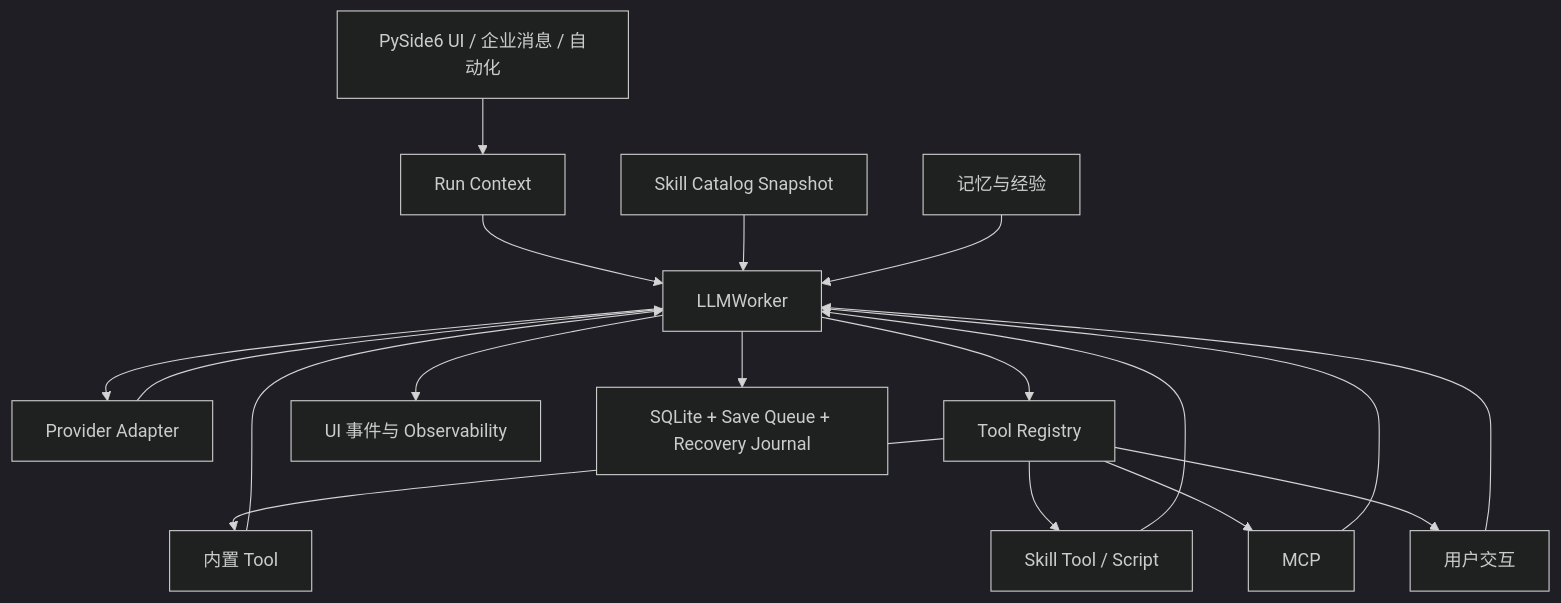
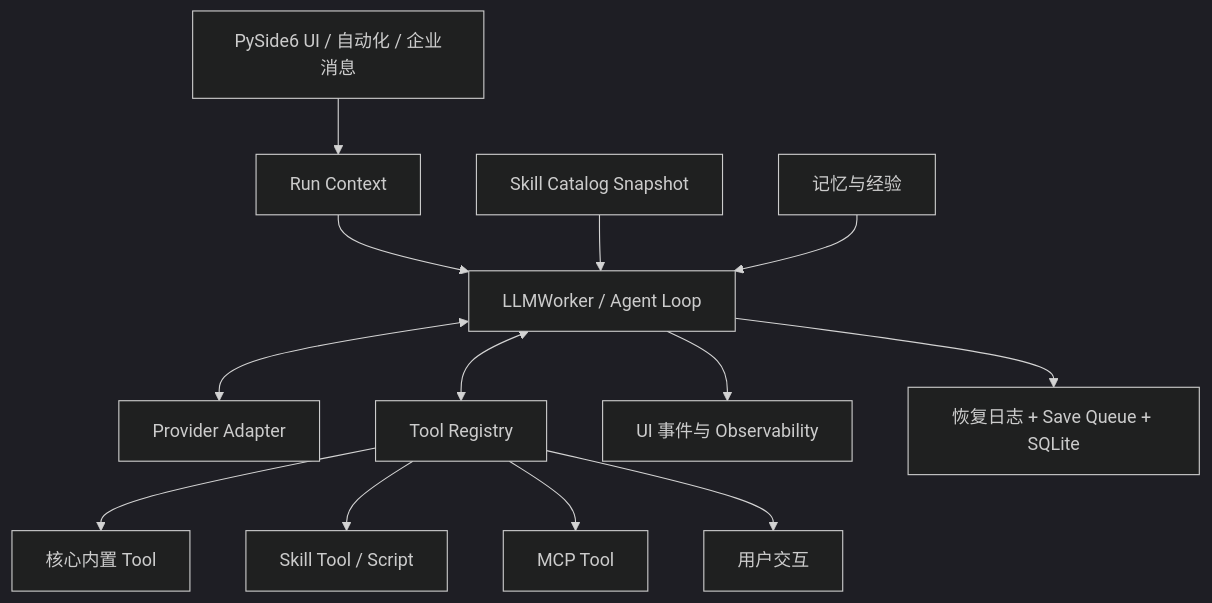
One commit to chuancyzhang/deepseek-cowork changed the diagram in docs/technical-design.md. Above: the diagram before and after it, drawn with Mermaid (dark theme). The commit also changed other lines of this file and 12 other files, not shown here.

````diff
--- a/docs/technical-design.md
+++ b/docs/technical-design.md
@@ -493,20 +19,15 @@
 ```mermaid
 flowchart TB
-    UI["PySide6 UI / 企业消息 / 自动化"] --> RC["Run Context"]
-    RC --> W["LLMWorker"]
-    C["Skill Catalog Snapshot"] --> W
+    E["PySide6 UI / 自动化 / 企业消息"] --> RC["Run Context"]
+    RC --> W["LLMWorker / Agent Loop"]
+    CAT["Skill Catalog Snapshot"] --> W
     MEM["记忆与经验"] --> W
-    W --> P["Provider Adapter"]
-    P --> W
-    W --> TR["Tool Registry"]
-    TR --> BI["内置 Tool"]
-    TR --> SI["Skill Tool / Script"]
-    TR --> MCP["MCP"]
+    W <--> P["Provider Adapter"]
+    W <--> TR["Tool Registry"]
+    TR --> BI["核心内置 Tool"]
+    TR --> SK["Skill Tool / Script"]
+    TR --> MCP["MCP Tool"]
     TR --> UX["用户交互"]
-    BI --> W
-    SI --> W
-    MCP --> W
-    UX --> W
     W --> OBS["UI 事件与 Observability"]
-    W --> SAVE["SQLite + Save Queue + Recovery Journal"]
+    W --> SAVE["恢复日志 + Save Queue + SQLite"]
 ```
````
